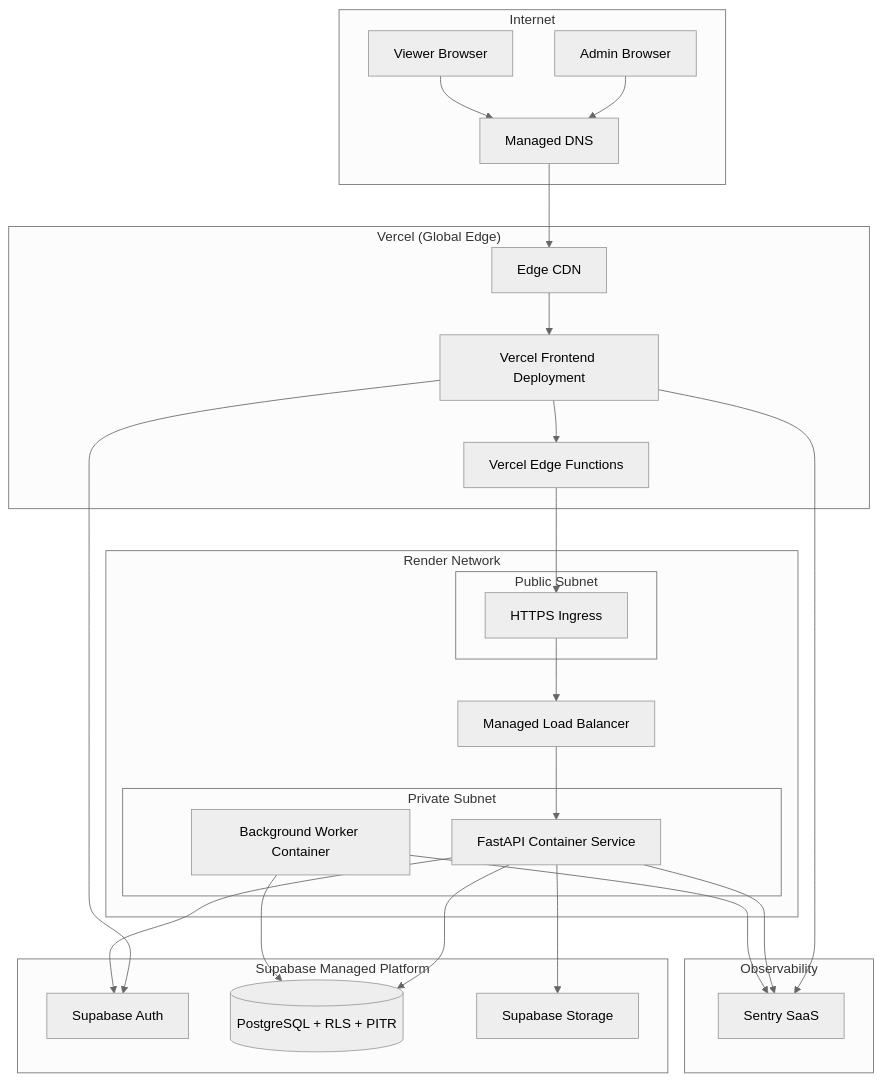
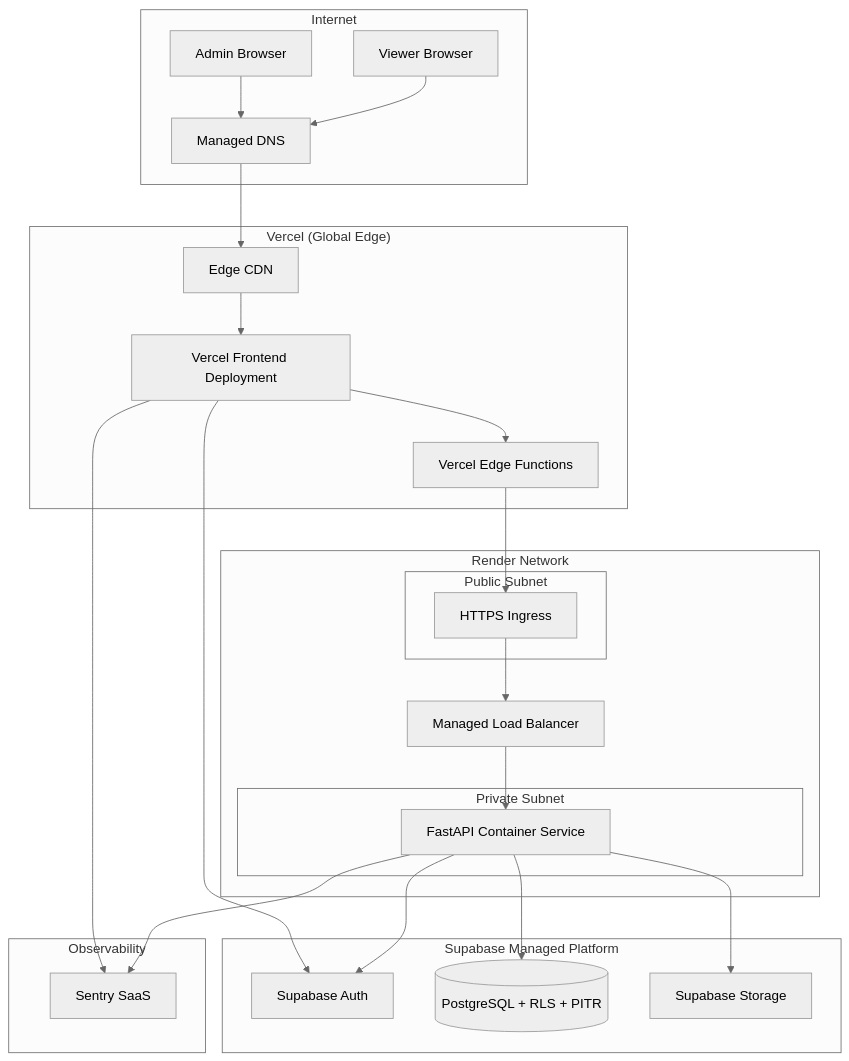
The diagram in docs/projects/open-project-hub/03-architecture/diagrams/deployment-cloud.mmd (alonsovndev/open-projects-hub-docs), drawn with Mermaid (neutral theme) before and after one commit. The commit also changed 18 other files, not shown here.

```diff
--- a/docs/projects/open-project-hub/03-architecture/diagrams/deployment-cloud.mmd
+++ b/docs/projects/open-project-hub/03-architecture/diagrams/deployment-cloud.mmd
@@ -1,46 +1,43 @@
 flowchart TB
     subgraph Internet
         Admin[Admin Browser]
         Viewer[Viewer Browser]
         DNS[Managed DNS]
     end
 
     subgraph Vercel["Vercel (Global Edge)"]
         FE[Vercel Frontend Deployment]
         Edge[Vercel Edge Functions]
         CDN[Edge CDN]
     end
 
     subgraph Render["Render Network"]
         LB[Managed Load Balancer]
         subgraph PublicSubnet["Public Subnet"]
             Ingress[HTTPS Ingress]
         end
         subgraph PrivateSubnet["Private Subnet"]
             API[FastAPI Container Service]
-            Worker[Background Worker Container]
         end
     end
 
     subgraph Supabase["Supabase Managed Platform"]
         Auth[Supabase Auth]
         DB[(PostgreSQL + RLS + PITR)]
         Storage[Supabase Storage]
     end
 
     subgraph Observability
         Sentry[Sentry SaaS]
     end
 
     Admin --> DNS --> CDN --> FE
     Viewer --> DNS
     FE --> Edge --> Ingress --> LB --> API
     FE --> Auth
     API --> Auth
     API --> DB
-    Worker --> DB
     API --> Storage
 
     FE --> Sentry
     API --> Sentry
-    Worker --> Sentry
```
